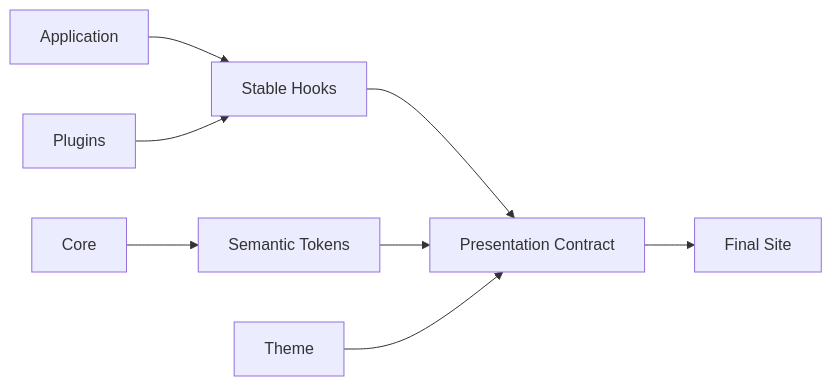
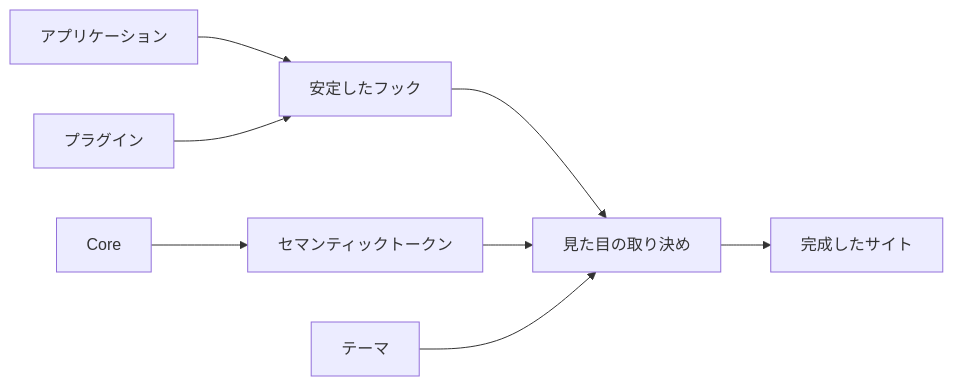
The tenth of 10 diagrams in docs/docs/reference/theme-api.ja.md (Rerurate514/riebeckite), drawn with Mermaid before and after one commit. The commit also changed other lines of this file and 310 other files, not shown here.

````diff
--- a/docs/docs/reference/theme-api.ja.md
+++ b/docs/docs/reference/theme-api.ja.md
@@ -1034,17 +840,17 @@
 ```mermaid id="2hw1zc"
 flowchart LR
-    App["Application"]
-    Plugins["Plugins"]
+    App["アプリケーション"]
+    Plugins["プラグイン"]
 
-    App --> Hooks["Stable Hooks"]
+    App --> Hooks["安定したフック"]
     Plugins --> Hooks
 
-    Core["Core"] --> Tokens["Semantic Tokens"]
+    Core["Core"] --> Tokens["セマンティックトークン"]
 
-    Hooks --> Presentation["Presentation Contract"]
+    Hooks --> Presentation["見た目の取り決め"]
     Tokens --> Presentation
 
-    Theme["Theme"] --> Presentation
+    Theme["テーマ"] --> Presentation
 
-    Presentation --> Site["Final Site"]
+    Presentation --> Site["完成したサイト"]
 ```
````
